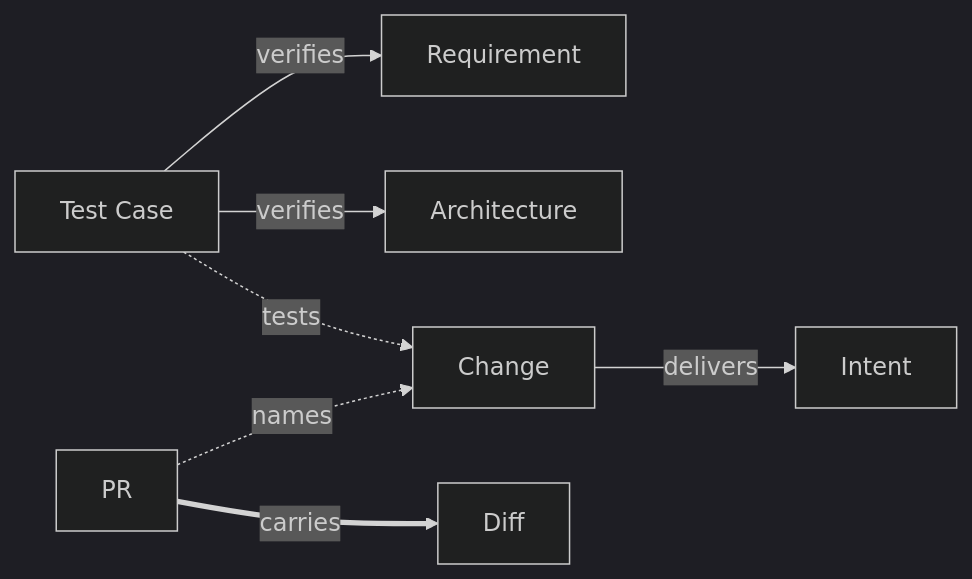
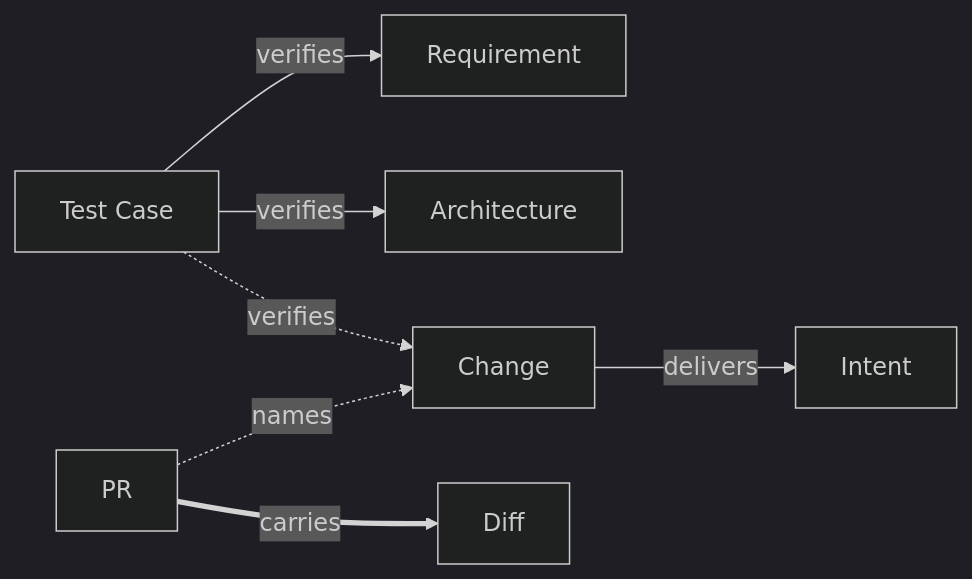
One commit to Kai-Hacks-AI/KAAL changed the diagram in engineering/metamodel/views/do.md. Above: the diagram before and after it, drawn with Mermaid (dark theme). The commit also changed other lines of this file and 6 other files, not shown here.

First line of the commit message:
DO: Source fulfills Test Case and Test Case verifies every verifiable object (release/C71)

````diff
--- a/engineering/metamodel/views/do.md
+++ b/engineering/metamodel/views/do.md
@@ -12,9 +12,9 @@
 ```mermaid
 flowchart LR
   Change -->|delivers| Intent
   TestCase["Test Case"] -->|verifies| Requirement
   TestCase -->|verifies| Architecture
-  TestCase -.->|tests| Change
+  TestCase -.->|verifies| Change
   PR -.->|names| Change
   PR ==>|carries| Diff
 ```
````
